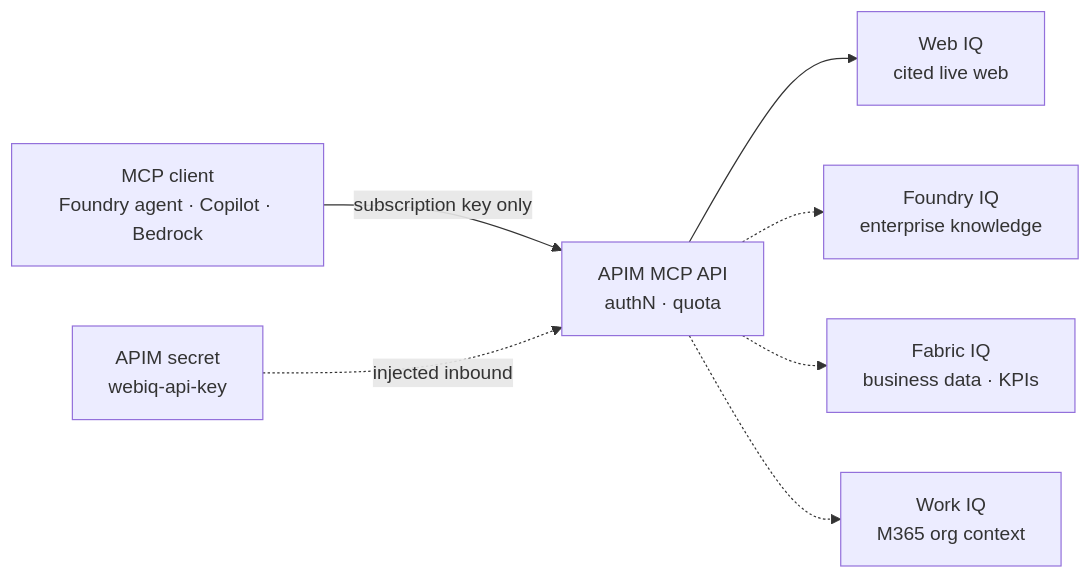
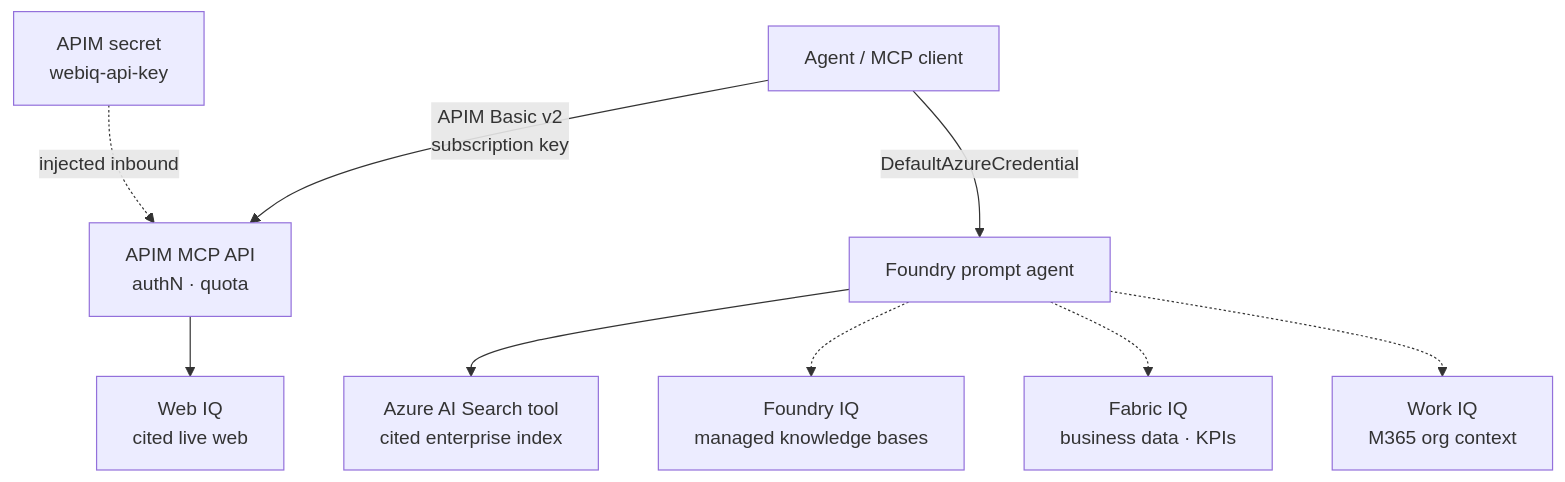
Before and after one commit to SridharArrabelly/foundry-pattern-library: the fifth of 13 diagrams in README.md, drawn with Mermaid. The commit also changed other lines of this file and 49 other files, not shown here.

First line of the commit message:
Refresh enterprise Foundry pattern catalog

````diff
--- a/README.md
+++ b/README.md
@@ -204,9 +210,11 @@
 ```mermaid
-flowchart LR
-  AG["MCP client<br/>Foundry agent · Copilot · Bedrock"] -->|subscription key only| GW["APIM MCP API<br/>authN · quota"]
+flowchart TB
+  AG["Agent / MCP client"] -->|"APIM Basic v2<br/>subscription key"| GW["APIM MCP API<br/>authN · quota"]
   SEC["APIM secret<br/>webiq-api-key"] -. injected inbound .-> GW
   GW --> W["Web IQ<br/>cited live web"]
-  GW -.-> FI["Foundry IQ<br/>enterprise knowledge"]
-  GW -.-> FB["Fabric IQ<br/>business data · KPIs"]
-  GW -.-> WK["Work IQ<br/>M365 org context"]
+  AG -->|"DefaultAzureCredential"| FA["Foundry prompt agent"]
+  FA --> AS["Azure AI Search tool<br/>cited enterprise index"]
+  FA -.-> FI["Foundry IQ<br/>managed knowledge bases"]
+  FA -.-> FB["Fabric IQ<br/>business data · KPIs"]
+  FA -.-> WK["Work IQ<br/>M365 org context"]
 ```
````
